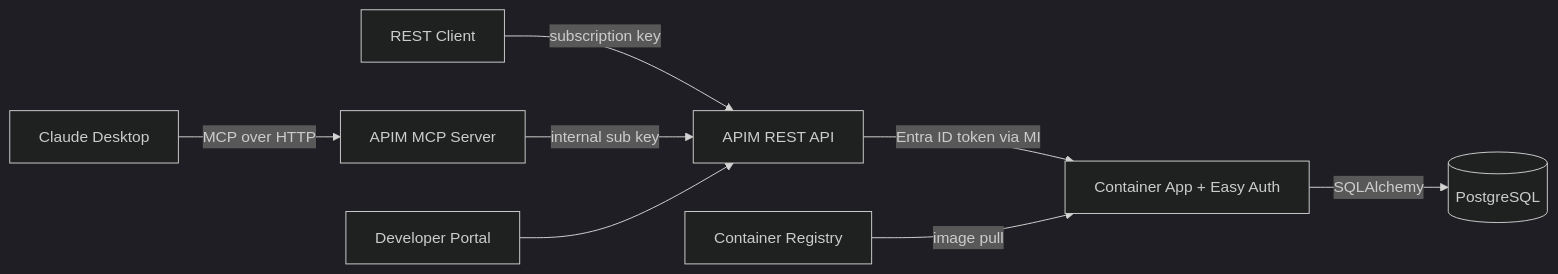
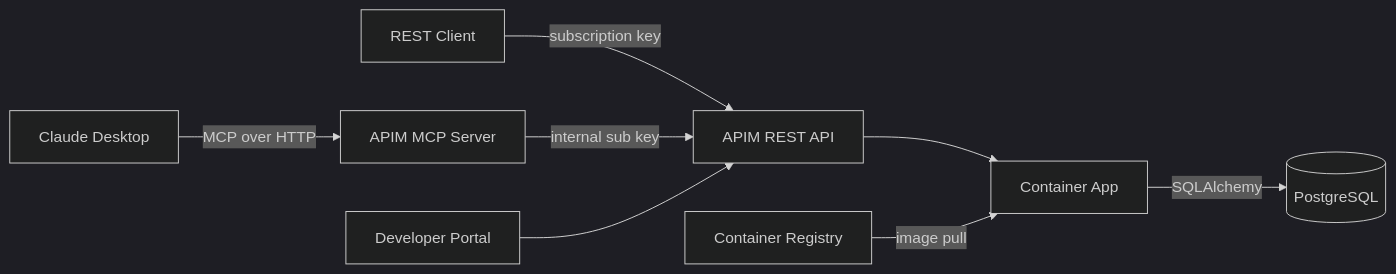
One commit to ozgurkarahan/azure-apim-mcp-server changed the diagram in CLAUDE.md. Above: the diagram before and after it, drawn with Mermaid (dark theme). The commit also changed other lines of this file and 3 other files, not shown here.

First line of the commit message:
Disable Easy Auth and remove MI auth from APIM REST API policy

````diff
--- a/CLAUDE.md
+++ b/CLAUDE.md
@@ -8,10 +8,10 @@
 ```mermaid
 graph LR
     Client[REST Client] -->|subscription key| REST[APIM REST API]
     Claude[Claude Desktop] -->|MCP over HTTP| MCP[APIM MCP Server]
     MCP -->|internal sub key| REST
-    REST -->|Entra ID token via MI| CA[Container App + Easy Auth]
+    REST --> CA[Container App]
     CA -->|SQLAlchemy| PG[(PostgreSQL)]
     DevPortal[Developer Portal] --> REST
     ACR[Container Registry] -->|image pull| CA
 ```
````
